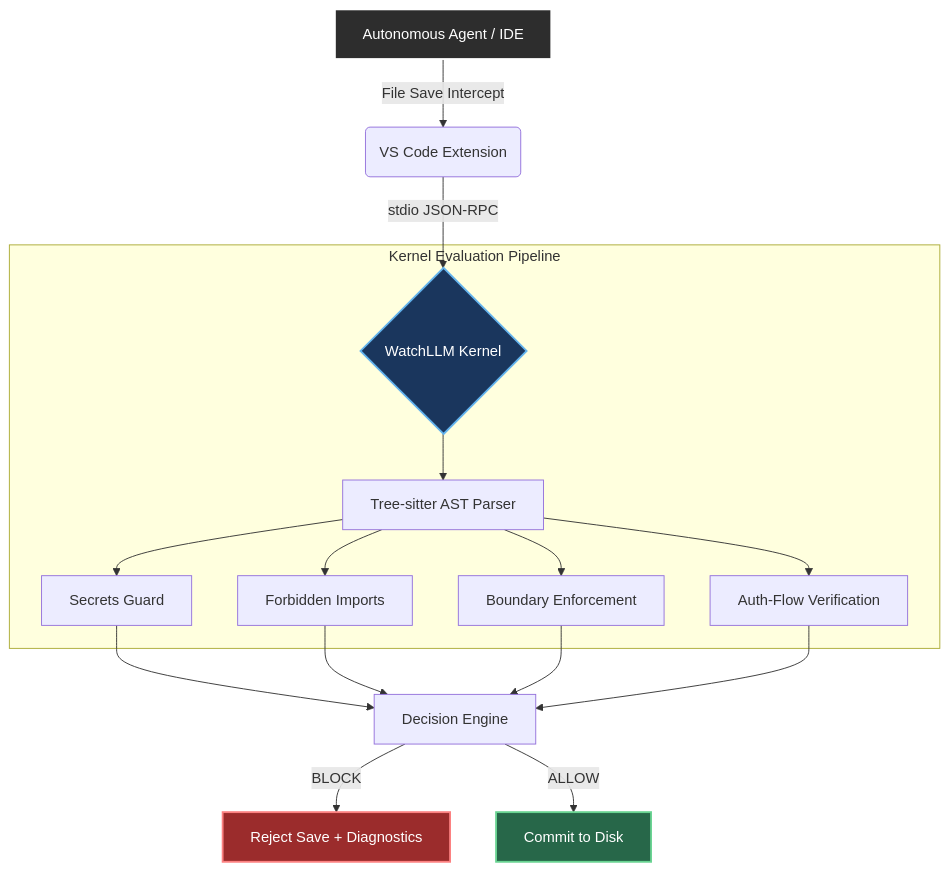
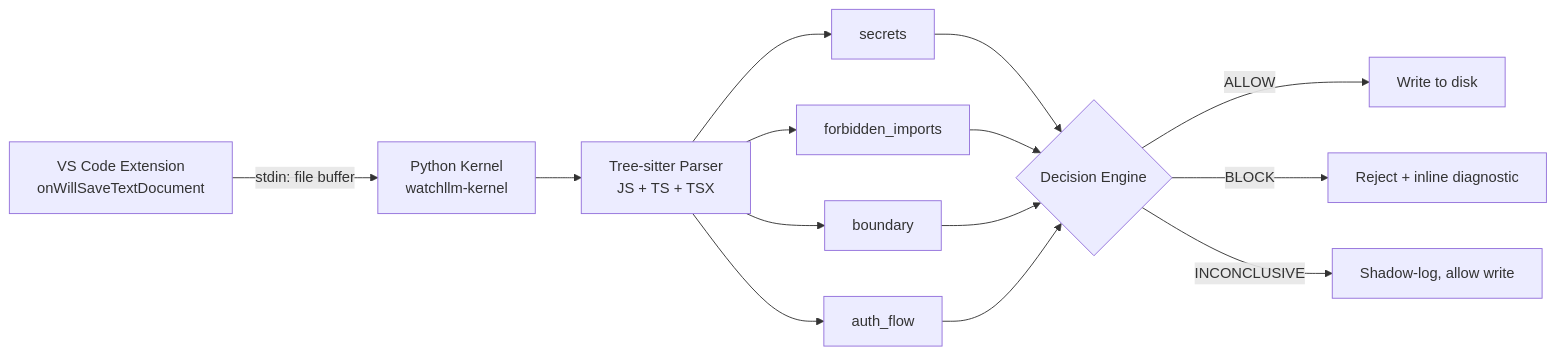
The diagram in README.md (WatchLLM/watchllm-oss), drawn with Mermaid before and after one commit. The commit also changed other lines of this file, not shown here.

````diff
--- a/README.md
+++ b/README.md
@@ -41,23 +29,16 @@
 ```mermaid
-graph TD
-    A[Autonomous Agent / IDE] -->|File Save Intercept| B(VS Code Extension)
-    B -->|stdio JSON-RPC| C{WatchLLM Kernel}
-    
-    subgraph Kernel Evaluation Pipeline
-        C --> D[Tree-sitter AST Parser]
-        D --> E1[Secrets Guard]
-        D --> E2[Forbidden Imports]
-        D --> E3[Boundary Enforcement]
-        D --> E4[Auth-Flow Verification]
-    end
-    
-    E1 & E2 & E3 & E4 --> F[Decision Engine]
-    
-    F -->|BLOCK| G[Reject Save + Diagnostics]
-    F -->|ALLOW| H[Commit to Disk]
-    
-    style A fill:#2d2d2d,stroke:#fff,stroke-width:2px,color:#fff
-    style C fill:#1a365d,stroke:#63b3ed,stroke-width:2px,color:#fff
-    style G fill:#9b2c2c,stroke:#fc8181,stroke-width:2px,color:#fff
-    style H fill:#276749,stroke:#68d391,stroke-width:2px,color:#fff
+graph LR
+    A["VS Code Extension
+    onWillSaveTextDocument"] -->|"stdin: file buffer"| B["Python Kernel
+    watchllm-kernel"]
+    B --> C["Tree-sitter Parser
+    JS + TS + TSX"]
+    C --> D1[secrets]
+    C --> D2[forbidden_imports]
+    C --> D3[boundary]
+    C --> D4[auth_flow]
+    D1 & D2 & D3 & D4 --> E{Decision Engine}
+    E -->|ALLOW| F[Write to disk]
+    E -->|BLOCK| G[Reject + inline diagnostic]
+    E -->|INCONCLUSIVE| H["Shadow-log, allow write"]
 ```
````
